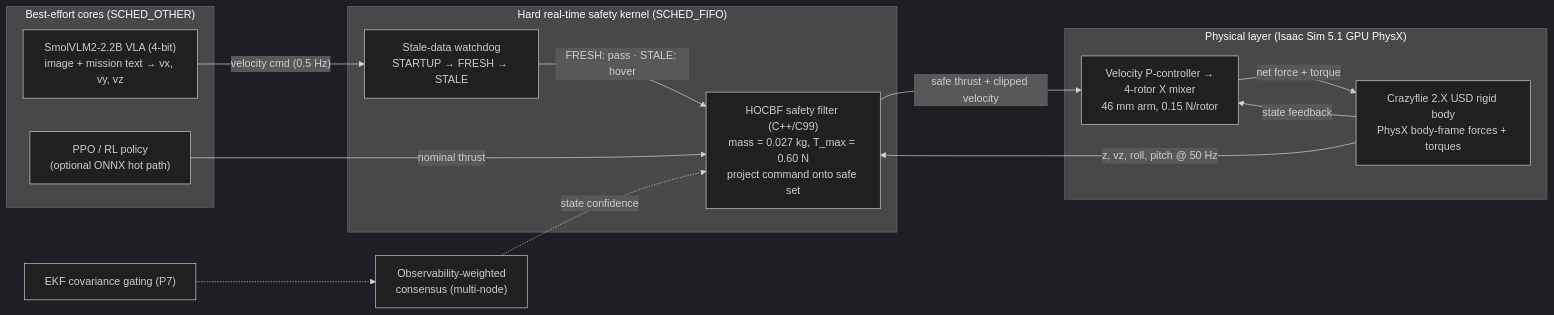
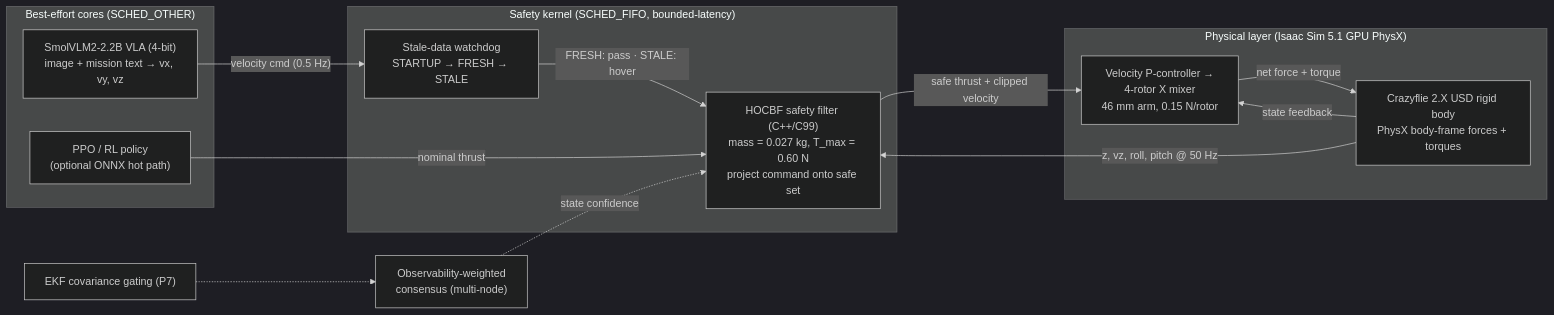
Before and after one commit to Rhutvik-pachghare1999/autonomous-drone-safety-architecture: the second of 2 diagrams in README.md, drawn with Mermaid (dark theme). The commit also changed other lines of this file and 19 other files, not shown here.

````diff
--- a/README.md
+++ b/README.md
@@ -118,28 +120,28 @@
 ```mermaid
 flowchart LR
   subgraph BestEffort["Best-effort cores (SCHED_OTHER)"]
     VLA["SmolVLM2-2.2B VLA (4-bit)<br/>image + mission text → vx, vy, vz"]
     RL["PPO / RL policy<br/>(optional ONNX hot path)"]
   end
 
-  subgraph SafetyKernel["Hard real-time safety kernel (SCHED_FIFO)"]
+  subgraph SafetyKernel["Safety kernel (SCHED_FIFO, bounded-latency)"]
     WD["Stale-data watchdog<br/>STARTUP → FRESH → STALE"]
     HOCBF["HOCBF safety filter (C++/C99)<br/>mass = 0.027 kg, T_max = 0.60 N<br/>project command onto safe set"]
   end
 
   subgraph Physical["Physical layer (Isaac Sim 5.1 GPU PhysX)"]
     CTRL["Velocity P-controller →<br/>4-rotor X mixer<br/>46 mm arm, 0.15 N/rotor"]
     CF["Crazyflie 2.X USD rigid body<br/>PhysX body-frame forces + torques"]
   end
 
   EKF["EKF covariance gating (P7)"] -.-> VOTE["Observability-weighted<br/>consensus (multi-node)"]
   VOTE -.->|"state confidence"| HOCBF
 
   VLA -->|"velocity cmd (0.5 Hz)"| WD
   RL -->|"nominal thrust"| HOCBF
   WD -->|"FRESH: pass · STALE: hover"| HOCBF
   HOCBF -->|"safe thrust + clipped velocity"| CTRL
   CTRL -->|"net force + torque"| CF
   CF -->|"z, vz, roll, pitch @ 50 Hz"| HOCBF
   CF -->|"state feedback"| CTRL
 ```
````
